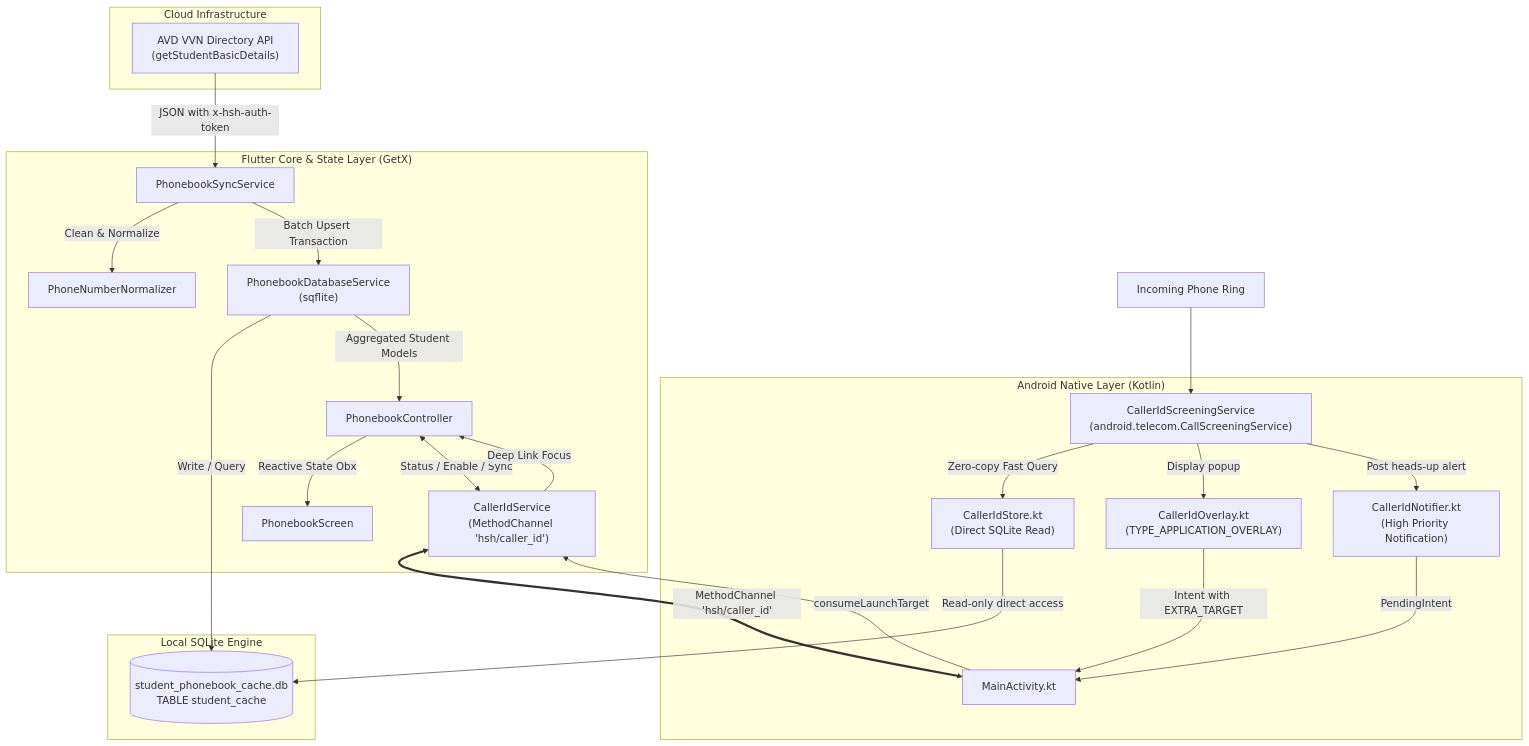
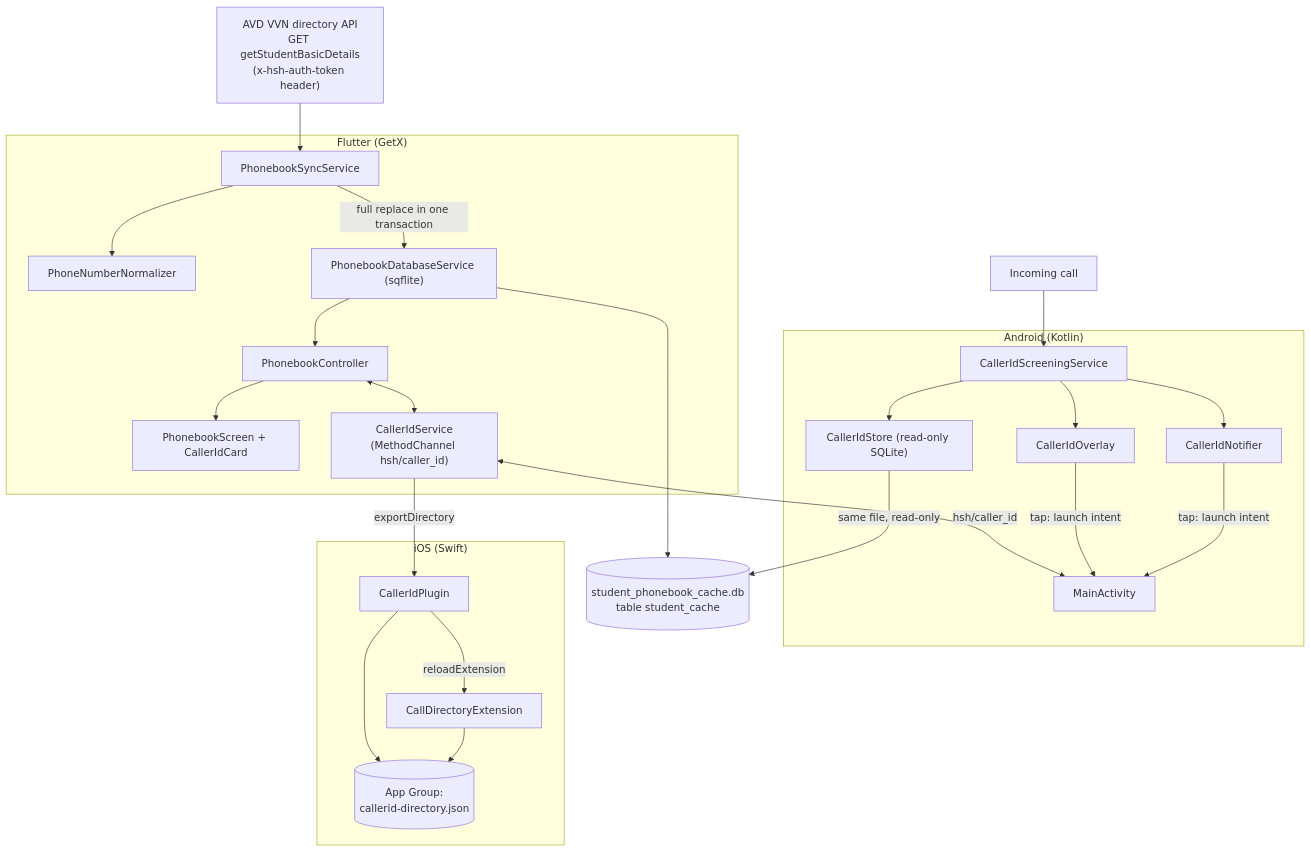
Before and after one commit to innovatiq-heet/hsh_app2: the diagram in docs/PHONEBOOK_DOCS.md, drawn with Mermaid. The commit also changed other lines of this file and 9 other files, not shown here.

````diff
--- a/docs/PHONEBOOK_DOCS.md
+++ b/docs/PHONEBOOK_DOCS.md
@@ -24,52 +23,51 @@
 ```mermaid
 graph TD
-    subgraph Remote["Cloud Infrastructure"]
-        API["AVD VVN Directory API<br/>(getStudentBasicDetails)"]
+    API["AVD VVN directory API<br/>GET getStudentBasicDetails<br/>(x-hsh-auth-token header)"]
+
+    subgraph Flutter["Flutter (GetX)"]
+        SYNC["PhonebookSyncService"]
+        NORM["PhoneNumberNormalizer"]
+        DBS["PhonebookDatabaseService (sqflite)"]
+        CTRL["PhonebookController"]
+        UI["PhonebookScreen + CallerIdCard"]
+        CIS["CallerIdService<br/>(MethodChannel hsh/caller_id)"]
     end
 
-    subgraph FlutterCore["Flutter Core & State Layer (GetX)"]
-        PSS["PhonebookSyncService"]
-        PDS["PhonebookDatabaseService<br/>(sqflite)"]
-        PNN["PhoneNumberNormalizer"]
-        PC["PhonebookController"]
-        PV["PhonebookScreen"]
-        CIS["CallerIdService<br/>(MethodChannel 'hsh/caller_id')"]
+    DB[("student_phonebook_cache.db<br/>table student_cache")]
+
+    subgraph Android["Android (Kotlin)"]
+        MA["MainActivity"]
+        SCR["CallerIdScreeningService"]
+        STORE["CallerIdStore (read-only SQLite)"]
+        OVL["CallerIdOverlay"]
+        NOTI["CallerIdNotifier"]
     end
 
-    subgraph LocalStorage["Local SQLite Engine"]
-        DB[("student_phonebook_cache.db<br/>TABLE student_cache")]
+    subgraph iOS["iOS (Swift)"]
+        PLG["CallerIdPlugin"]
+        JSON[("App Group:<br/>callerid-directory.json")]
+        EXT["CallDirectoryExtension"]
     end
 
-    subgraph AndroidNative["Android Native Layer (Kotlin)"]
-        MA["MainActivity.kt"]
-        CS["CallerIdScreeningService<br/>(android.telecom.CallScreeningService)"]
-        CStore["CallerIdStore.kt<br/>(Direct SQLite Read)"]
-        COverlay["CallerIdOverlay.kt<br/>(TYPE_APPLICATION_OVERLAY)"]
-        CNotif["CallerIdNotifier.kt<br/>(High Priority Notification)"]
-    end
+    API --> SYNC
+    SYNC --> NORM
+    SYNC -->|full replace in one transaction| DBS
+    DBS --> DB
+    DBS --> CTRL
+    CTRL --> UI
+    CTRL <--> CIS
 
-    %% Sync flow
-    API -->|JSON with x-hsh-auth-token| PSS
-    PSS -->|Clean & Normalize| PNN
-    PSS -->|Batch Upsert Transaction| PDS
-    PDS -->|Write / Query| DB
+    CIS <-->|hsh/caller_id| MA
+    CALL["Incoming call"] --> SCR
+    SCR --> STORE
+    STORE -->|same file, read-only| DB
+    SCR --> NOTI
+    SCR --> OVL
+    OVL -->|tap: launch intent| MA
+    NOTI -->|tap: launch intent| MA
 
-    %% Search & UI flow
-    PDS -->|Aggregated Student Models| PC
-    PC -->|Reactive State Obx| PV
-    PC <-->|Status / Enable / Sync| CIS
-
-    %% Native Channel
-    CIS <==>|MethodChannel 'hsh/caller_id'| MA
-
-    %% Caller ID Flow
-    IncomingCall["Incoming Phone Ring"] --> CS
-    CS -->|Zero-copy Fast Query| CStore
-    CStore -->|Read-only direct access| DB
-    CS -->|Display popup| COverlay
-    CS -->|Post heads-up alert| CNotif
-    COverlay -->|Intent with EXTRA_TARGET| MA
-    CNotif -->|PendingIntent| MA
-    MA -->|consumeLaunchTarget| CIS
-    CIS -->|Deep Link Focus| PC
+    CIS -->|exportDirectory| PLG
+    PLG --> JSON
+    PLG -->|reloadExtension| EXT
+    EXT --> JSON
 ```
````
